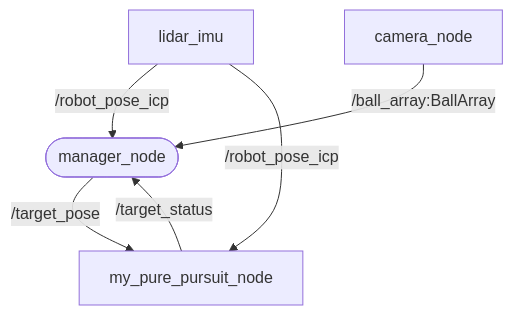
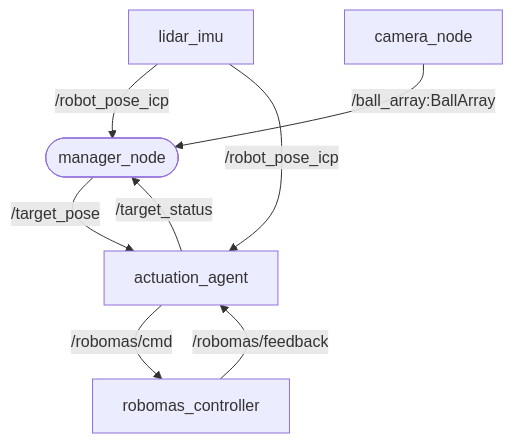
Before and after one commit to shary144/haru26_ws: the diagram in src/self_driving/Readme.md, drawn with Mermaid. The commit also changed other lines of this file and 4 other files, not shown here.

````diff
--- a/src/self_driving/Readme.md
+++ b/src/self_driving/Readme.md
@@ -21,8 +21,10 @@
 ```mermaid
 graph TD;
-    A([manager_node])-->|/target_pose|B[my_pure_pursuit_node];
+    A([manager_node])-->|/target_pose|B[actuation_agent];
     B-->|/target_status|A;
     C[lidar_imu]-->|/robot_pose_icp|A;
     C-->|/robot_pose_icp|B;
     D[camera_node]-->|/ball_array:BallArray|A
+    B-->|/robomas/cmd|E
+    E[robomas_controller]-->|/robomas/feedback|B
 ```
````
